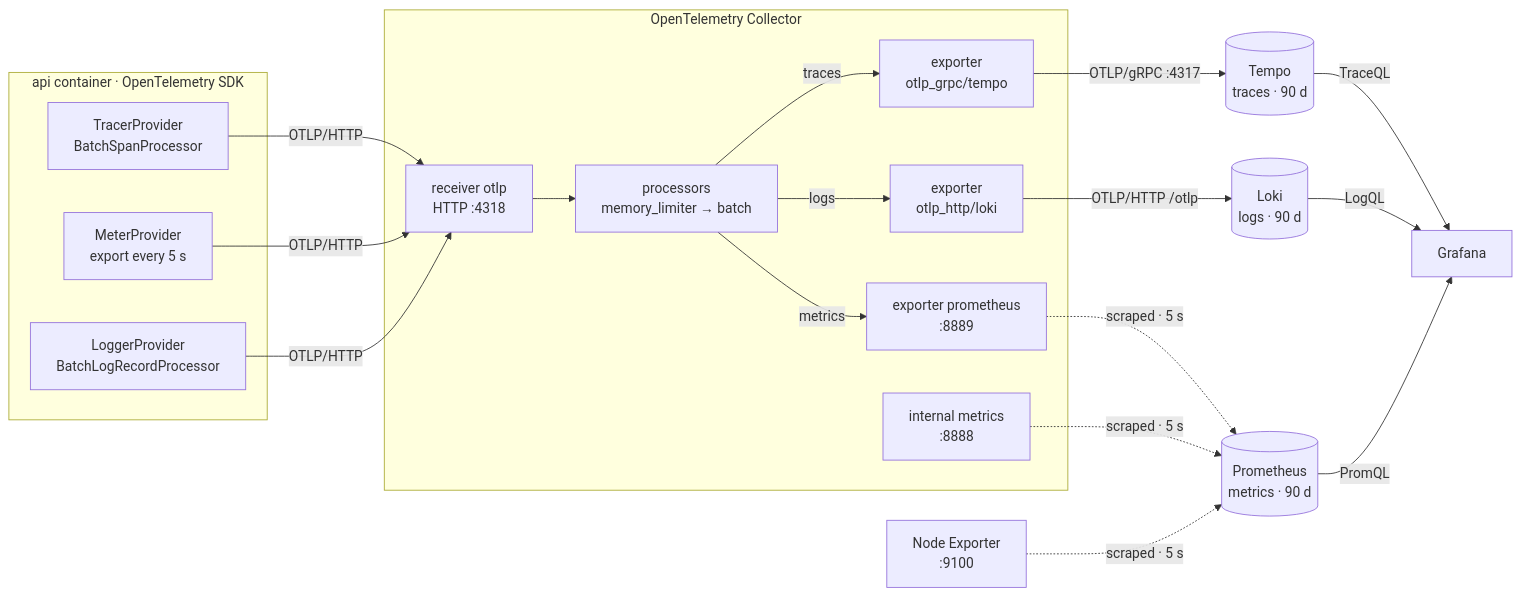
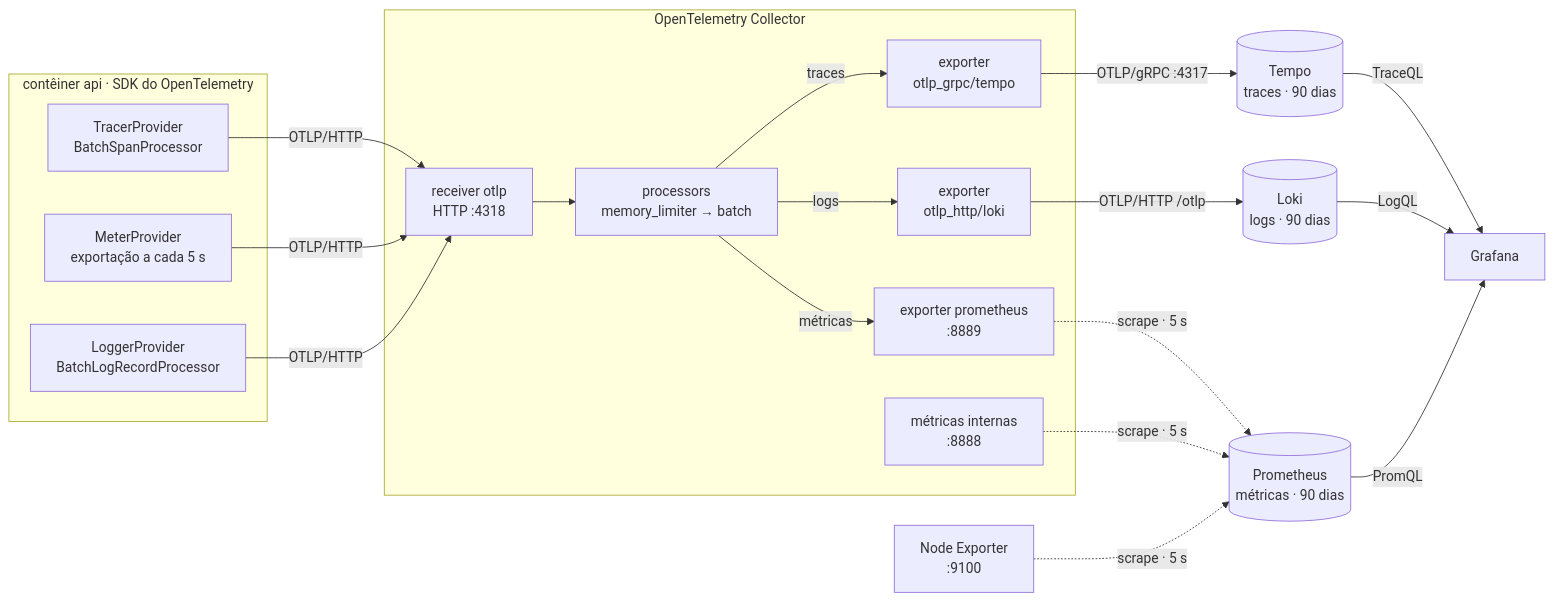
One commit to itamarsb/Observability-Engineering-Framework changed the second of 7 diagrams in docs/architecture/README.md. Above: the diagram before and after it, drawn with Mermaid. The commit also changed other lines of this file and 4 other files, not shown here.

````diff
--- a/docs/architecture/README.md
+++ b/docs/architecture/README.md
@@ -66,39 +66,39 @@
 ```mermaid
 flowchart LR
-    subgraph APP["api container · OpenTelemetry SDK"]
+    subgraph APP["contêiner api · SDK do OpenTelemetry"]
         SDK_T["TracerProvider<br/>BatchSpanProcessor"]
-        SDK_M["MeterProvider<br/>export every 5 s"]
+        SDK_M["MeterProvider<br/>exportação a cada 5 s"]
         SDK_L["LoggerProvider<br/>BatchLogRecordProcessor"]
     end
 
     subgraph COLL["OpenTelemetry Collector"]
         RCV["receiver otlp<br/>HTTP :4318"]
         PROC["processors<br/>memory_limiter → batch"]
         EXP_T["exporter<br/>otlp_grpc/tempo"]
         EXP_M["exporter prometheus<br/>:8889"]
         EXP_L["exporter<br/>otlp_http/loki"]
-        SELF["internal metrics<br/>:8888"]
+        SELF["métricas internas<br/>:8888"]
     end
 
     NODE["Node Exporter<br/>:9100"]
-    TEMPO[("Tempo<br/>traces · 90 d")]
-    LOKI[("Loki<br/>logs · 90 d")]
-    PROM[("Prometheus<br/>metrics · 90 d")]
+    TEMPO[("Tempo<br/>traces · 90 dias")]
+    LOKI[("Loki<br/>logs · 90 dias")]
+    PROM[("Prometheus<br/>métricas · 90 dias")]
     GRAF["Grafana"]
 
     SDK_T -->|OTLP/HTTP| RCV
     SDK_M -->|OTLP/HTTP| RCV
     SDK_L -->|OTLP/HTTP| RCV
     RCV --> PROC
     PROC -->|traces| EXP_T
-    PROC -->|metrics| EXP_M
+    PROC -->|métricas| EXP_M
     PROC -->|logs| EXP_L
     EXP_T -->|"OTLP/gRPC :4317"| TEMPO
     EXP_L -->|"OTLP/HTTP /otlp"| LOKI
-    EXP_M -.->|"scraped · 5 s"| PROM
-    SELF -.->|"scraped · 5 s"| PROM
-    NODE -.->|"scraped · 5 s"| PROM
+    EXP_M -.->|"scrape · 5 s"| PROM
+    SELF -.->|"scrape · 5 s"| PROM
+    NODE -.->|"scrape · 5 s"| PROM
     TEMPO -->|TraceQL| GRAF
     LOKI -->|LogQL| GRAF
     PROM -->|PromQL| GRAF
 ```
````
